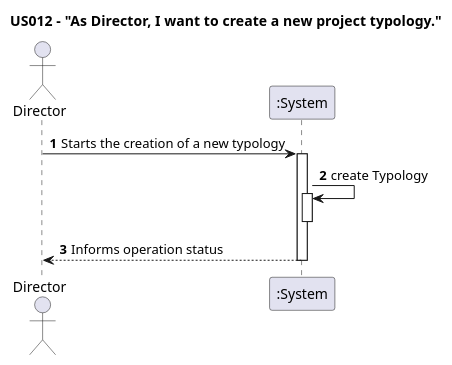
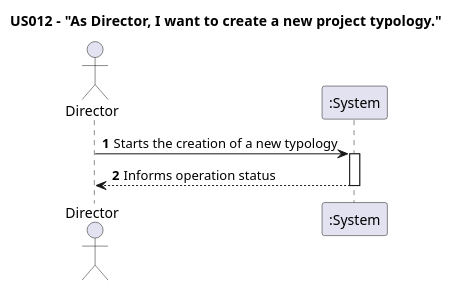
The diagram in docs/Sprint1/US012/US012-SSD.puml (nunogon1211787/projectManagement), drawn with PlantUML before and after one commit. The commit also changed 152 other files, not shown here.

```diff
--- a/docs/Sprint1/US012/US012-SSD.puml
+++ b/docs/Sprint1/US012/US012-SSD.puml
@@ -1,16 +1,14 @@
 @startuml
 
 title US012 - "As Director, I want to create a new project typology."
 
 autoactivate on
 autonumber
 
 actor "Director" as Director
 participant ":System" as System
 
 Director -> System: Starts the creation of a new typology
-System -> System: create Typology
-deactivate
 return Informs operation status
 
 @enduml
```
